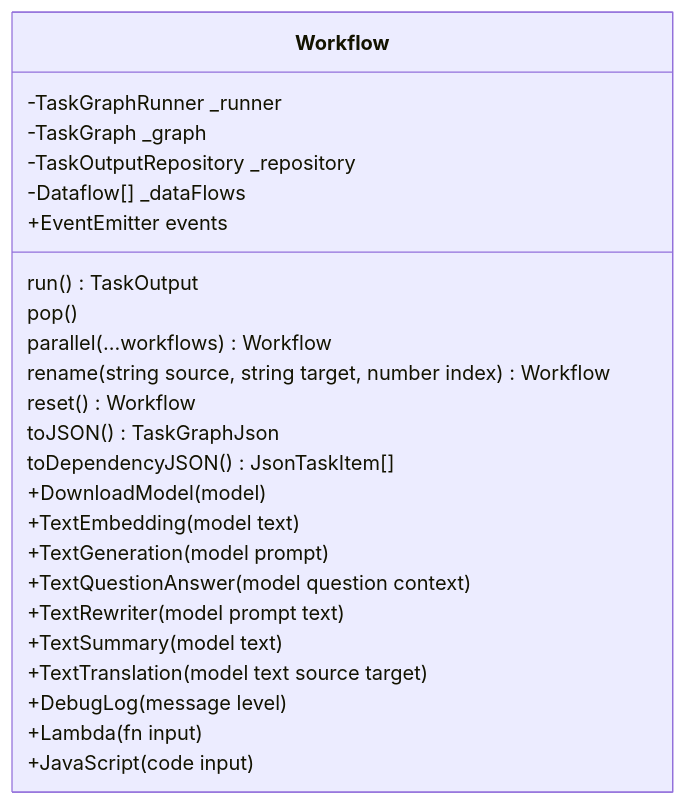
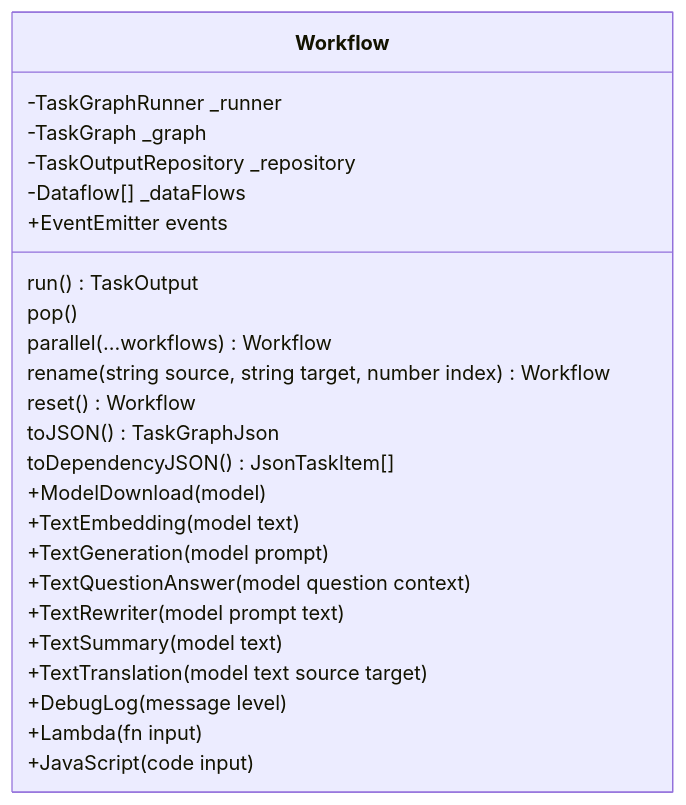
One commit to sroussey/ellmers changed the fifth of 5 diagrams in docs/developers/02_architecture.md. Above: the diagram before and after it, drawn with Mermaid. The commit also changed other lines of this file and 263 other files, not shown here.

````diff
--- a/docs/developers/02_architecture.md
+++ b/docs/developers/02_architecture.md
@@ -254,29 +254,29 @@
 ```mermaid
 classDiagram
 
   class Workflow{
     -TaskGraphRunner _runner
     -TaskGraph _graph
     -TaskOutputRepository _repository
     -Dataflow[] _dataFlows
     +EventEmitter events
     run() TaskOutput
     pop()
     parallel(...workflows) Workflow
     rename(string source, string target, number index) Workflow
     reset() Workflow
     toJSON() TaskGraphJson
     toDependencyJSON() JsonTaskItem[]
-    +DownloadModel(model)
+    +ModelDownload(model)
     +TextEmbedding(model text)
     +TextGeneration(model prompt)
     +TextQuestionAnswer(model question context)
     +TextRewriter(model prompt text)
     +TextSummary(model text)
     +TextTranslation(model text source target)
     +DebugLog(message level)
     +Lambda(fn input)
     +JavaScript(code input)
   }
 
 ```
````
